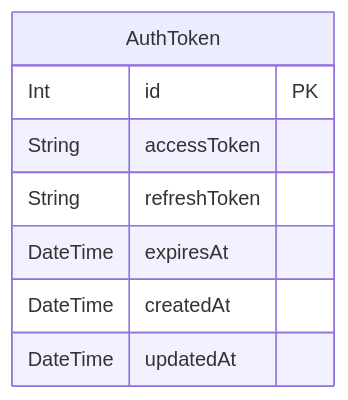
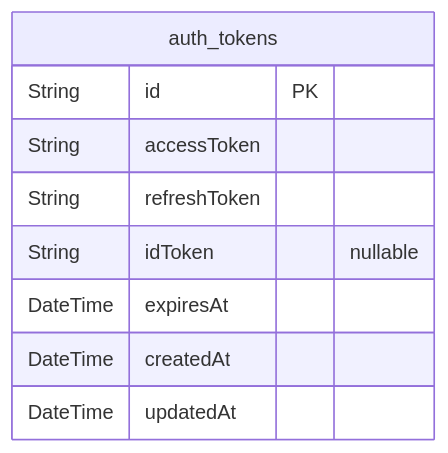
The first of 2 diagrams in apps/desktop/prisma/README.md (rayven122/tumiki), drawn with Mermaid before and after one commit. The commit also changed other lines of this file and 3 other files, not shown here.

````diff
--- a/apps/desktop/prisma/README.md
+++ b/apps/desktop/prisma/README.md
@@ -10,11 +8,12 @@
 ```mermaid
 erDiagram
-"AuthToken" {
-  Int id PK
+"auth_tokens" {
+  String id PK
   String accessToken
   String refreshToken
+  String idToken "nullable"
   DateTime expiresAt
   DateTime createdAt
   DateTime updatedAt
 }
 ```
````
